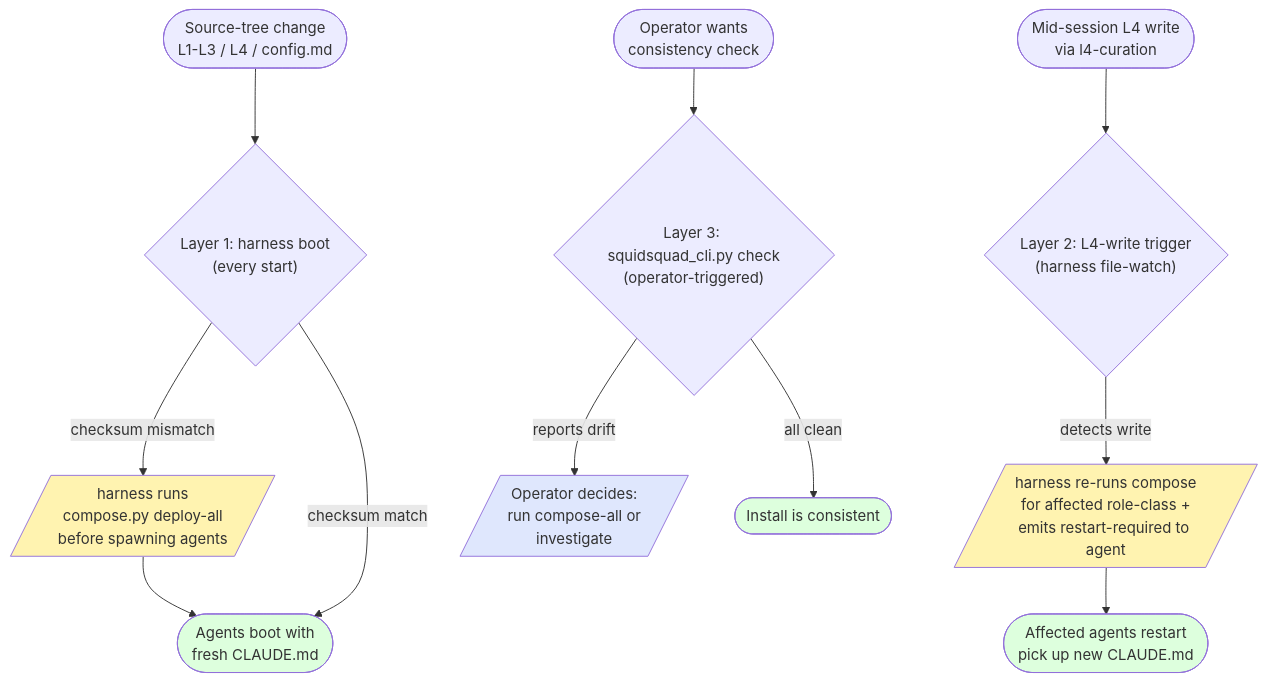
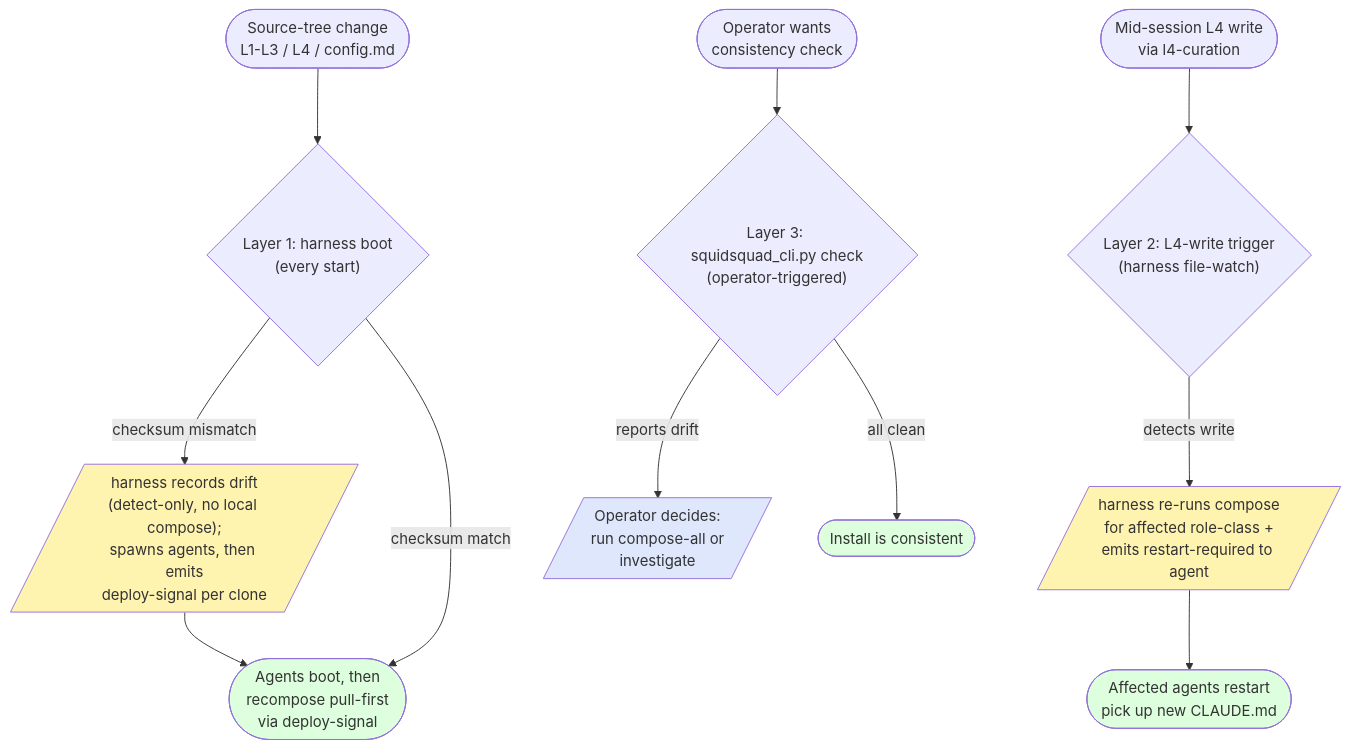
Diagram 12 of 12 in docs/COMPOSE-ARCHITECTURE.md (WallyDoodlez/SquidSquad), drawn with Mermaid before and after one commit. The commit also changed other lines of this file, not shown here.

Commit message:
pm: #13030 doc-pairing — COMPOSE-ARCH §8.1 boot recompose corrected (detect-only + post-spawn deploy-signal, skill-verified) + mermaid + §9 item-5 PR-author regen checklist (harness owns recompose, #11511)

````diff
--- a/docs/COMPOSE-ARCHITECTURE.md
+++ b/docs/COMPOSE-ARCHITECTURE.md
@@ -1513,25 +1513,25 @@
 ```mermaid
 flowchart TB
   Source([Source-tree change<br/>L1-L3 / L4 / config.md])
   Source --> Boot{"Layer 1: harness boot<br/>(every start)"}
-  Boot -->|"checksum mismatch"| L1Fix[/"harness runs<br/>compose.py deploy-all<br/>before spawning agents"/]
-  L1Fix --> Spawn([Agents boot with<br/>fresh CLAUDE.md])
+  Boot -->|"checksum mismatch"| L1Fix[/"harness records drift<br/>(detect-only, no local compose);<br/>spawns agents, then emits<br/>deploy-signal per clone"/]
+  L1Fix --> Spawn([Agents boot, then<br/>recompose pull-first<br/>via deploy-signal])
   Boot -->|"checksum match"| Spawn
 
   L4Write([Mid-session L4 write<br/>via l4-curation])
   L4Write --> L2c{"Layer 2: L4-write trigger<br/>(harness file-watch)"}
   L2c -->|"detects write"| L2Fix[/"harness re-runs compose<br/>for affected role-class +<br/>emits restart-required to agent"/]
   L2Fix --> Restart([Affected agents restart<br/>pick up new CLAUDE.md])
 
   Op([Operator wants<br/>consistency check])
   Op --> L3c{"Layer 3: squidsquad_cli.py check<br/>(operator-triggered)"}
   L3c -->|"reports drift"| L3Info[/"Operator decides:<br/>run compose-all or<br/>investigate"/]
   L3c -->|"all clean"| L3OK([Install is consistent])
 
   style L1Fix fill:#fff3b0
   style L2Fix fill:#fff3b0
   style L3Info fill:#dfe7fd
   style Spawn fill:#dfd
   style Restart fill:#dfd
   style L3OK fill:#dfd
 ```
````
